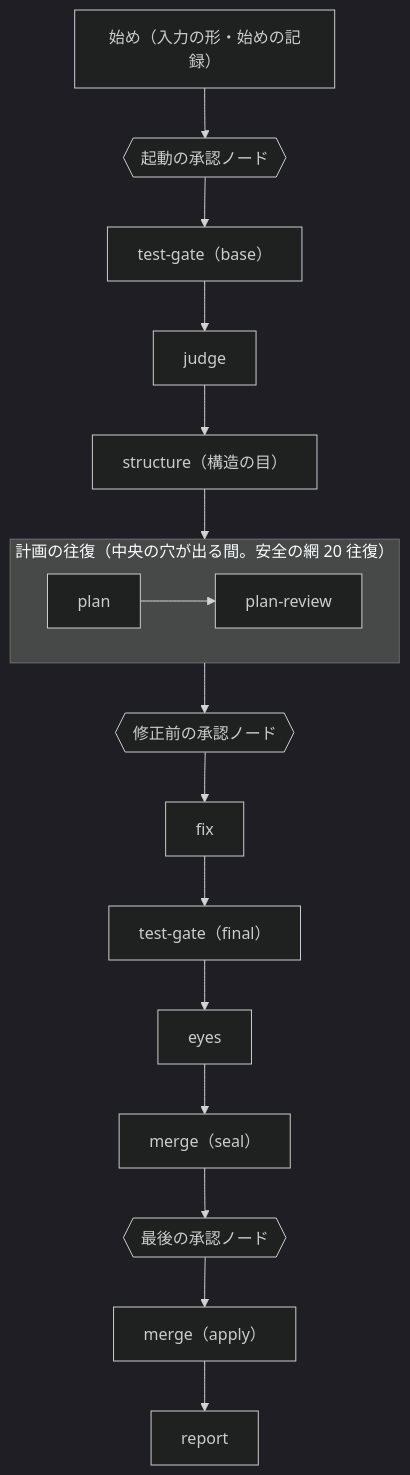
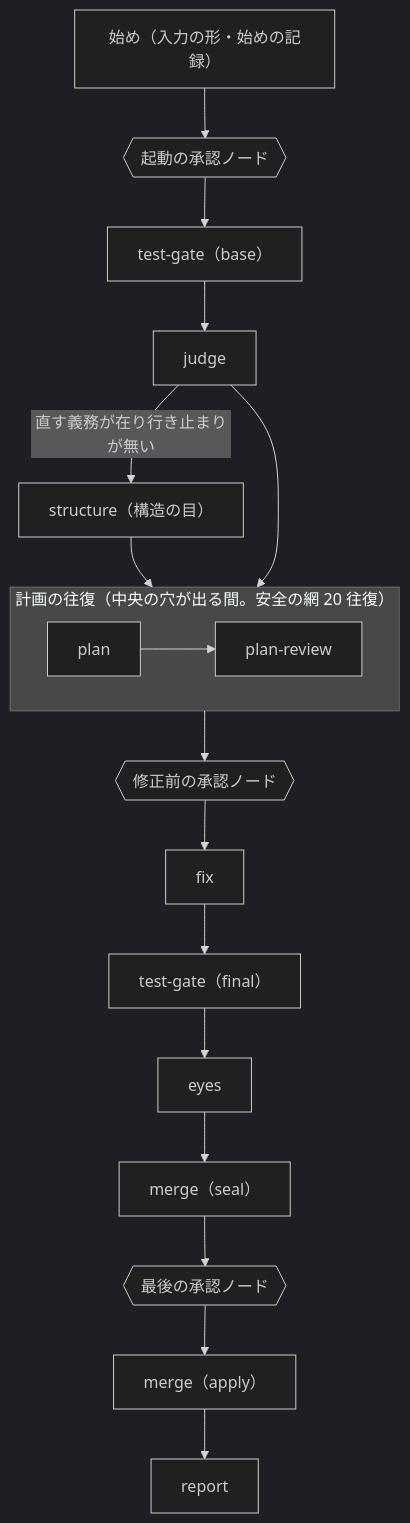
The second of 2 diagrams in docs/design.md (raiki61/works-factory), drawn with Mermaid (dark theme) before and after one commit. The commit also changed other lines of this file and 42 other files, not shown here.

````diff
--- a/docs/design.md
+++ b/docs/design.md
@@ -97,19 +97,20 @@
 ```mermaid
 flowchart TB
   start["始め（入力の形・始めの記録）"] --> g1{{"起動の承認ノード"}}
   g1 --> tb["test-gate（base）"]
   tb --> judge
-  judge --> structure["structure（構造の目）"]
+  judge -->|"直す義務が在り行き止まりが無い"| structure["structure（構造の目）"]
   structure --> loopP
+  judge --> loopP
   subgraph loopP["計画の往復（中央の穴が出る間。安全の網 20 往復）"]
     plan --> pr["plan-review"]
   end
   loopP --> g2{{"修正前の承認ノード"}}
   g2 --> fix
   fix --> tf["test-gate（final）"]
   tf --> eyes
   eyes --> ms["merge（seal）"]
   ms --> g3{{"最後の承認ノード"}}
   g3 --> ma["merge（apply）"]
   ma --> report
 ```
````
